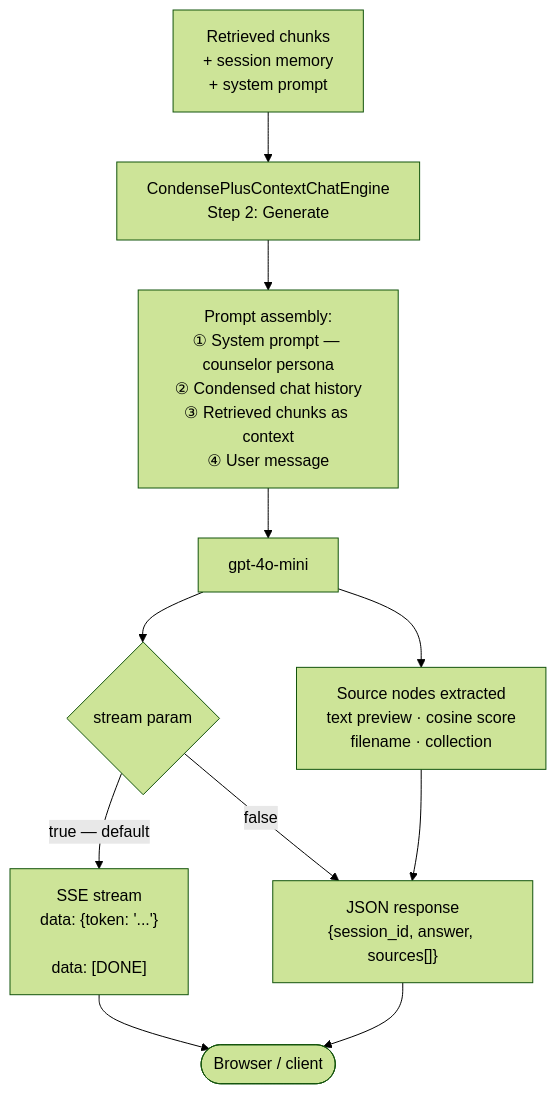
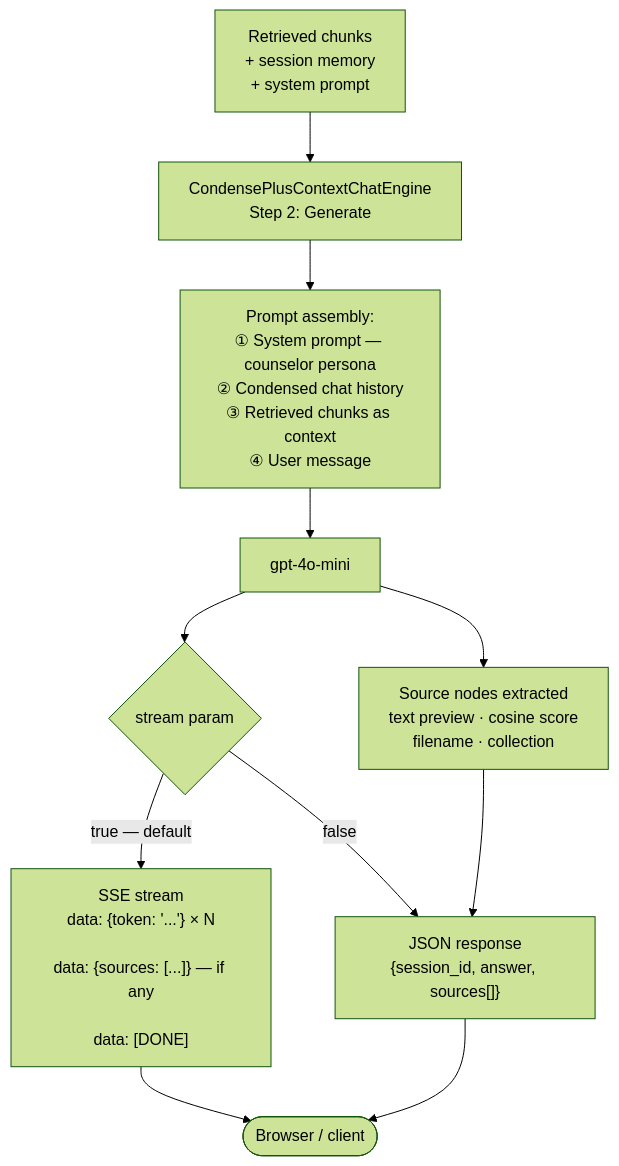
One commit to yil479/happy-wife-gpt changed the sixth of 8 diagrams in docs/rag-architecture.md. Above: the diagram before and after it, drawn with Mermaid (forest theme). The commit also changed other lines of this file and 9 other files, not shown here.

````diff
--- a/docs/rag-architecture.md
+++ b/docs/rag-architecture.md
@@ -218,18 +218,18 @@
 ```mermaid
 flowchart TD
     A[Retrieved chunks\n+ session memory\n+ system prompt] --> B[CondensePlusContextChatEngine\nStep 2: Generate]
 
     B --> C["Prompt assembly:\n① System prompt — counselor persona\n② Condensed chat history\n③ Retrieved chunks as context\n④ User message"]
 
     C --> D[gpt-4o-mini]
 
     D --> E{stream param}
-    E -->|true — default| F["SSE stream\ndata: {token: '...'}\n\ndata: [DONE]"]
+    E -->|true — default| F["SSE stream\ndata: {token: '...'} × N\n\ndata: {sources: [...]} — if any\n\ndata: [DONE]"]
     E -->|false| G["JSON response\n{session_id, answer, sources[]}"]
 
     F --> H([Browser / client])
     G --> H
 
     D --> I[Source nodes extracted\ntext preview · cosine score\nfilename · collection]
     I --> G
 ```
````
